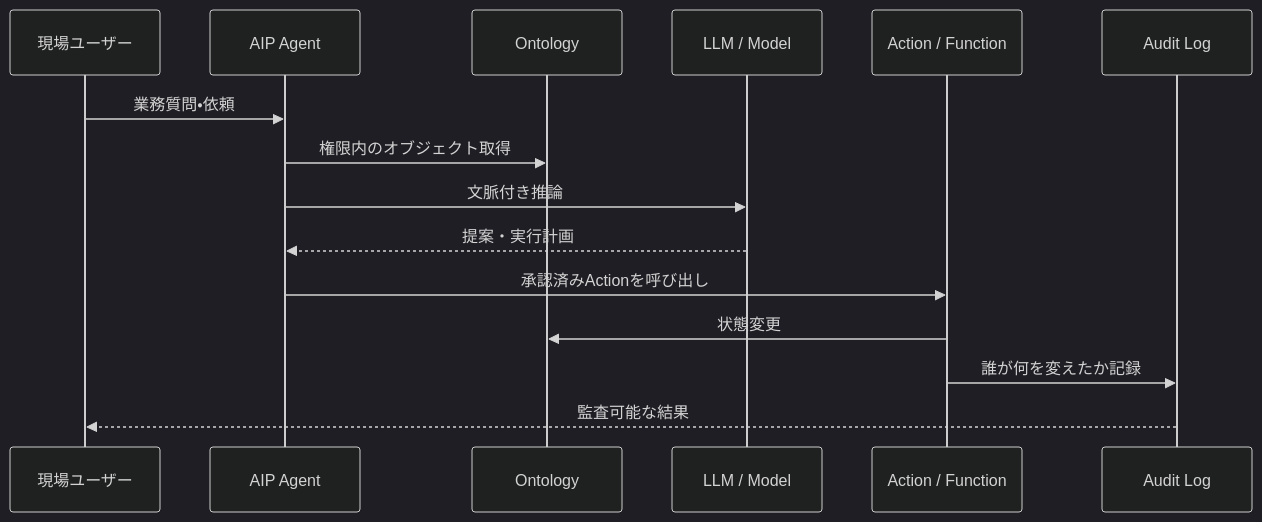
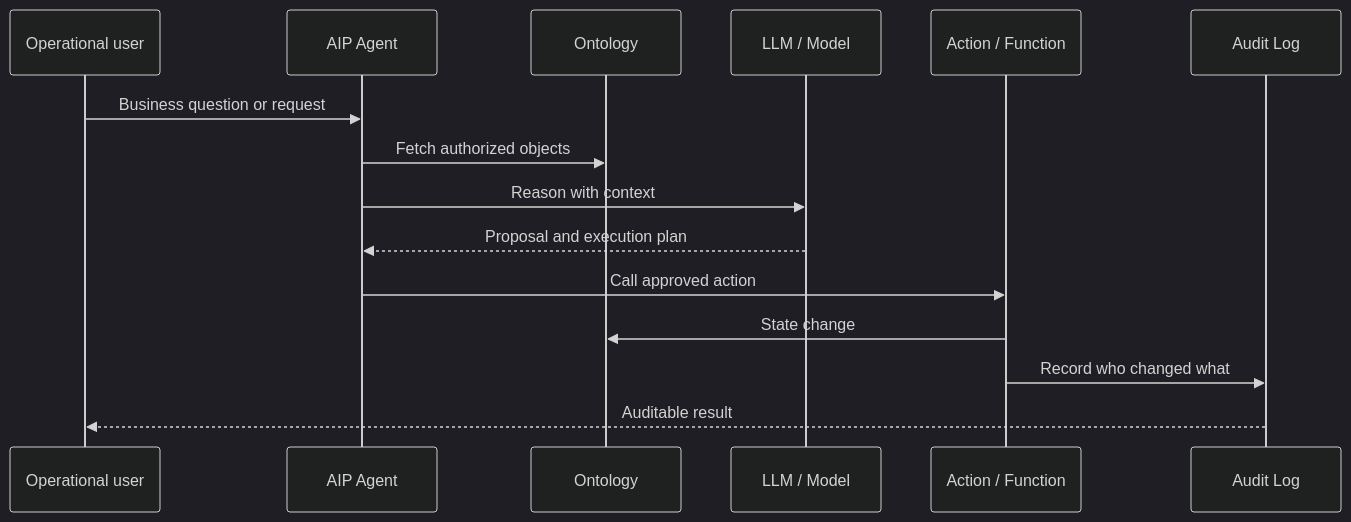
The fourth of 5 diagrams in content/blog/en/palantir-operational-ai-platform.mdx (daylight55/research), drawn with Mermaid (dark theme) before and after one commit. The commit also changed other lines of this file and 26 other files, not shown here.

Commit message:
Translate English Mermaid labels

````diff
--- a/content/blog/en/palantir-operational-ai-platform.mdx
+++ b/content/blog/en/palantir-operational-ai-platform.mdx
@@ -112,18 +112,18 @@
 ```mermaid
 sequenceDiagram
-  participant User as 現場ユーザー
+  participant User as Operational user
   participant Agent as AIP Agent
   participant Ont as Ontology
   participant LLM as LLM / Model
   participant Act as Action / Function
   participant Log as Audit Log
 
-  User->>Agent: 業務質問・依頼
-  Agent->>Ont: 権限内のオブジェクト取得
-  Agent->>LLM: 文脈付き推論
-  LLM-->>Agent: 提案・実行計画
-  Agent->>Act: 承認済みActionを呼び出し
-  Act->>Ont: 状態変更
-  Act->>Log: 誰が何を変えたか記録
-  Log-->>User: 監査可能な結果
+  User->>Agent: Business question or request
+  Agent->>Ont: Fetch authorized objects
+  Agent->>LLM: Reason with context
+  LLM-->>Agent: Proposal and execution plan
+  Agent->>Act: Call approved action
+  Act->>Ont: State change
+  Act->>Log: Record who changed what
+  Log-->>User: Auditable result
 ```
````
